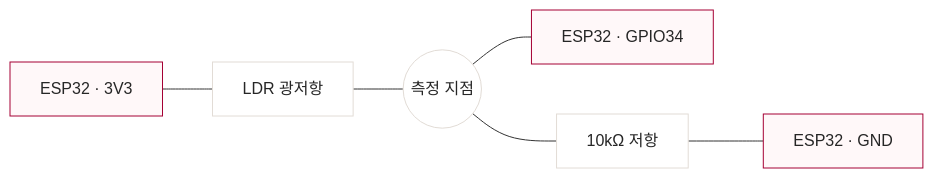
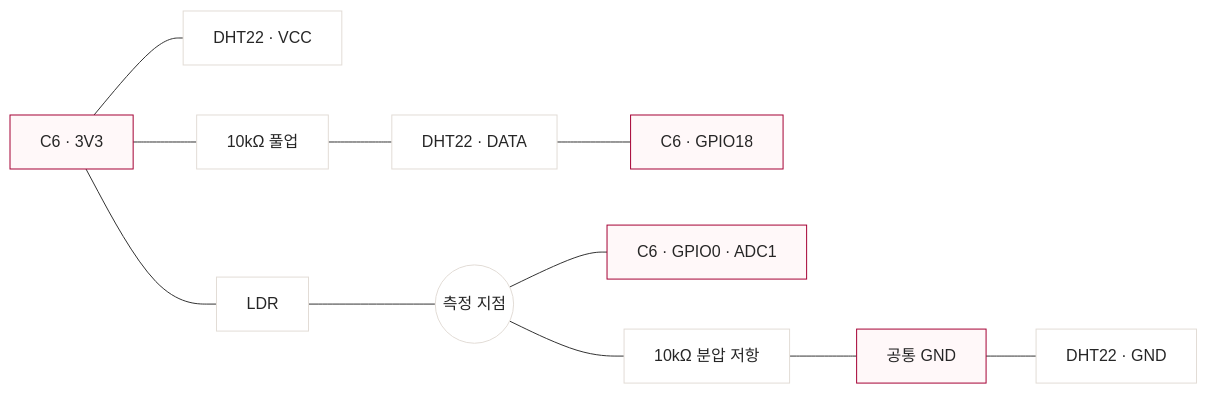
The second of 2 diagrams in docs/WIRING.md (unknownamed/lgax-kitchen-sensor-android), drawn with Mermaid before and after one commit. The commit also changed other lines of this file and 23 other files, not shown here.

````diff
--- a/docs/WIRING.md
+++ b/docs/WIRING.md
@@ -45,12 +53,17 @@
 ```mermaid
 flowchart LR
-    P["ESP32 · 3V3"] --- L["LDR 광저항"]
+    P["C6 · 3V3"] --- V["DHT22 · VCC"]
+    P --- R1["10kΩ 풀업"]
+    R1 --- D["DHT22 · DATA"]
+    D --- IO18["C6 · GPIO18"]
+    G["공통 GND"] --- DG["DHT22 · GND"]
+    P --- L["LDR"]
     L --- N(("측정 지점"))
-    N --- I["ESP32 · GPIO34"]
-    N --- R["10kΩ 저항"]
-    R --- G["ESP32 · GND"]
+    N --- IO0["C6 · GPIO0 · ADC1"]
+    N --- R2["10kΩ 분압 저항"]
+    R2 --- G
     classDef power fill:#fff8f9,stroke:#a50034,color:#262626
     classDef part fill:#ffffff,stroke:#e2dcd6,color:#262626
-    class P,G,I power
-    class L,N,R part
+    class P,G,IO18,IO0 power
+    class V,R1,D,DG,L,N,R2 part
 ```
````
